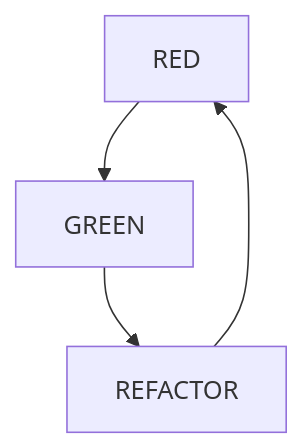
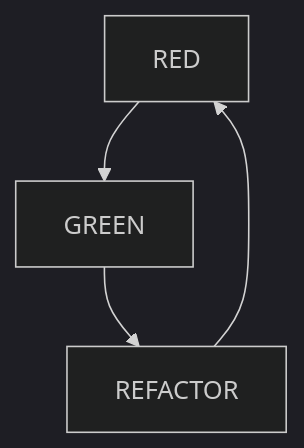
The diagram in README.md (segin-GH/TDD-4-Embedded), drawn with Mermaid before and after one commit.

````diff
--- a/README.md
+++ b/README.md
@@ -11,5 +11,5 @@
 ```mermaid
-
+%%{init: { 'theme': 'dark' } }%%
 graph TD;
 RED-->GREEN-->REFACTOR-->RED
 ```
````
